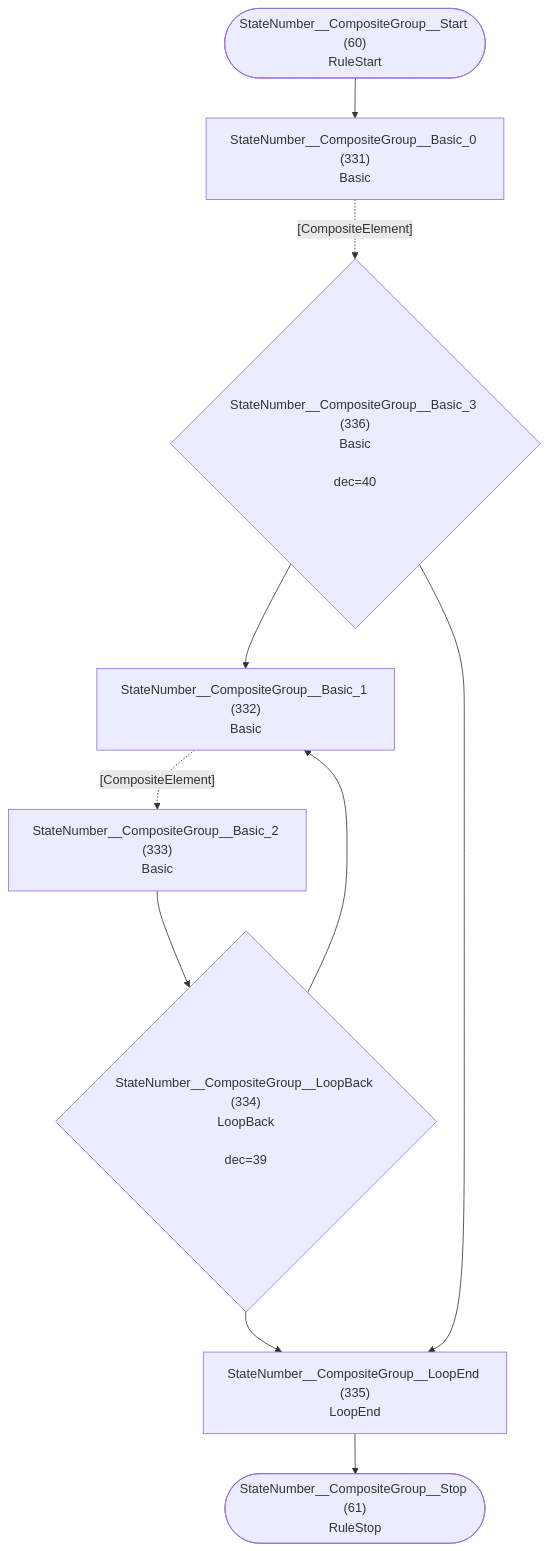
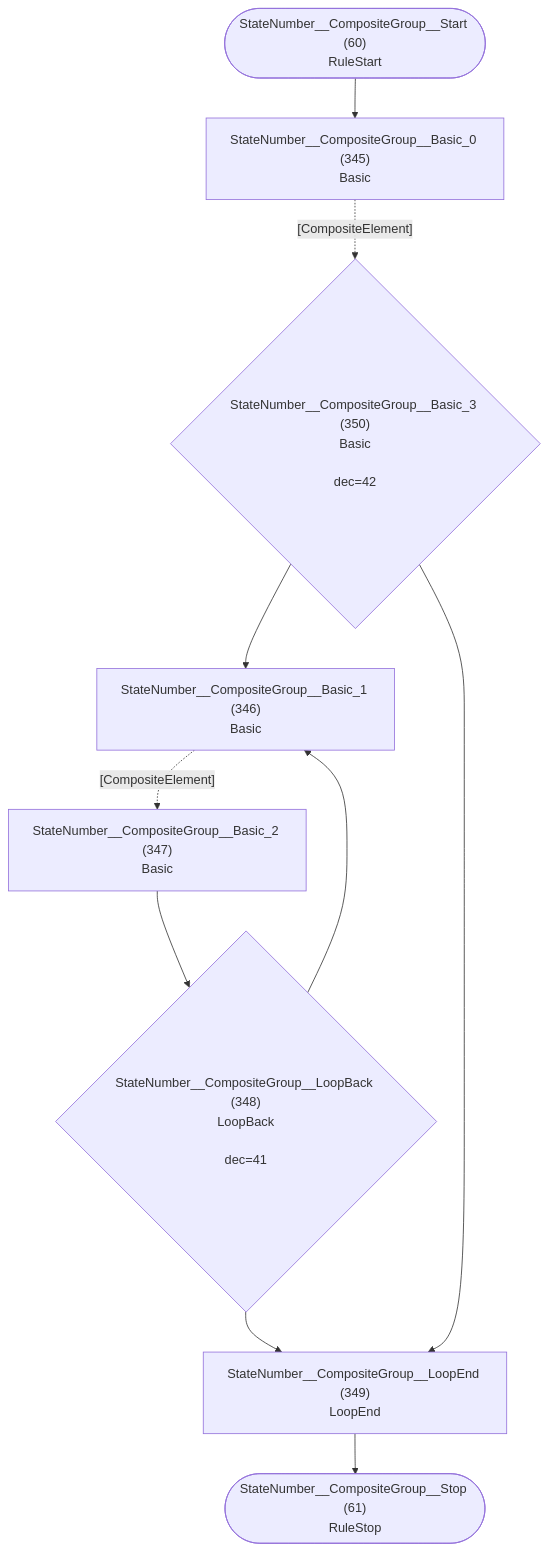
Before and after one commit to TypeFox/fastbelt: diagram 31 of 32 in internal/grammar/atn.md, drawn with Mermaid. The commit also changed other lines of this file and 21 other files, not shown here.

````diff
--- a/internal/grammar/atn.md
+++ b/internal/grammar/atn.md
@@ -892,21 +924,21 @@
 ```mermaid
 flowchart TD
     q60(["StateNumber__CompositeGroup__Start (60)<br/>RuleStart"])
     q61(["StateNumber__CompositeGroup__Stop (61)<br/>RuleStop"])
-    q331["StateNumber__CompositeGroup__Basic_0 (331)<br/>Basic<br/>"]
-    q332["StateNumber__CompositeGroup__Basic_1 (332)<br/>Basic<br/>"]
-    q333["StateNumber__CompositeGroup__Basic_2 (333)<br/>Basic<br/>"]
-    q334{"StateNumber__CompositeGroup__LoopBack (334)<br/>LoopBack<br/><br/>dec=39"}
-    q335["StateNumber__CompositeGroup__LoopEnd (335)<br/>LoopEnd<br/>"]
-    q336{"StateNumber__CompositeGroup__Basic_3 (336)<br/>Basic<br/><br/>dec=40"}
+    q345["StateNumber__CompositeGroup__Basic_0 (345)<br/>Basic<br/>"]
+    q346["StateNumber__CompositeGroup__Basic_1 (346)<br/>Basic<br/>"]
+    q347["StateNumber__CompositeGroup__Basic_2 (347)<br/>Basic<br/>"]
+    q348{"StateNumber__CompositeGroup__LoopBack (348)<br/>LoopBack<br/><br/>dec=41"}
+    q349["StateNumber__CompositeGroup__LoopEnd (349)<br/>LoopEnd<br/>"]
+    q350{"StateNumber__CompositeGroup__Basic_3 (350)<br/>Basic<br/><br/>dec=42"}
 
-    q60 --> q331
-    q331 -.->|"[CompositeElement]"| q336
-    q332 -.->|"[CompositeElement]"| q333
-    q333 --> q334
-    q334 --> q332
-    q334 --> q335
-    q335 --> q61
-    q336 --> q332
-    q336 --> q335
+    q60 --> q345
+    q345 -.->|"[CompositeElement]"| q350
+    q346 -.->|"[CompositeElement]"| q347
+    q347 --> q348
+    q348 --> q346
+    q348 --> q349
+    q349 --> q61
+    q350 --> q346
+    q350 --> q349
 ```
````
